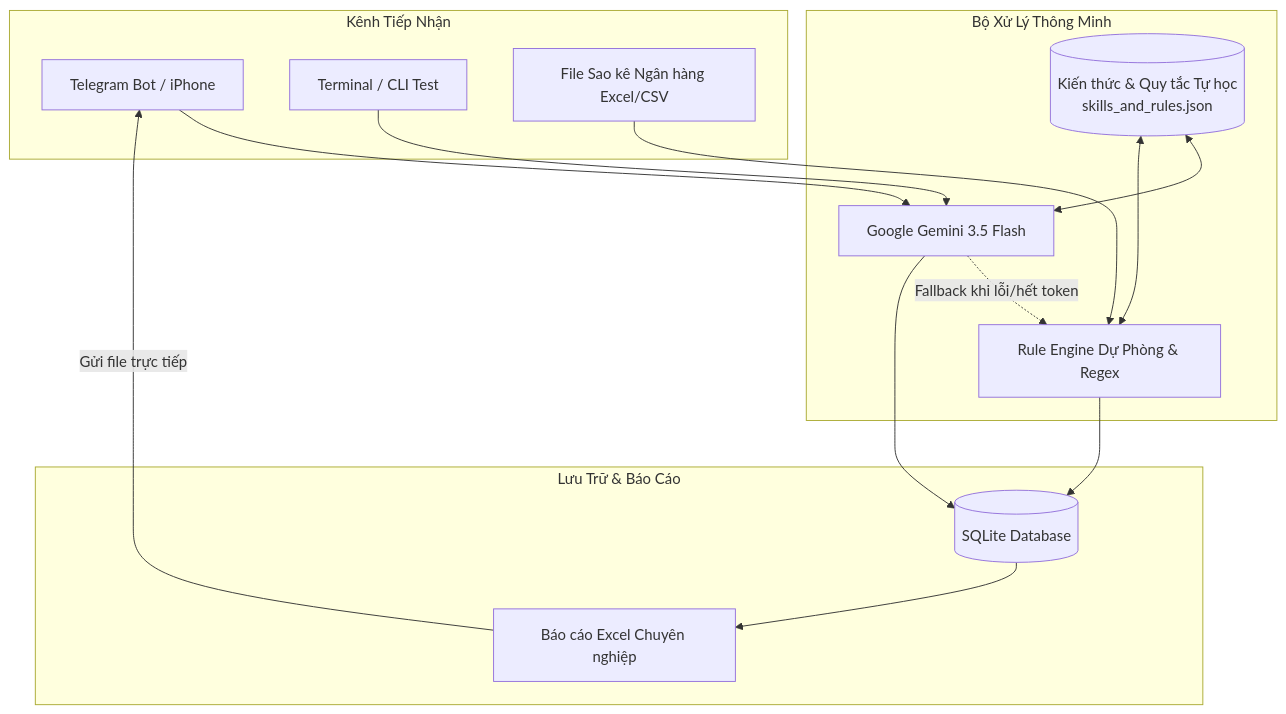
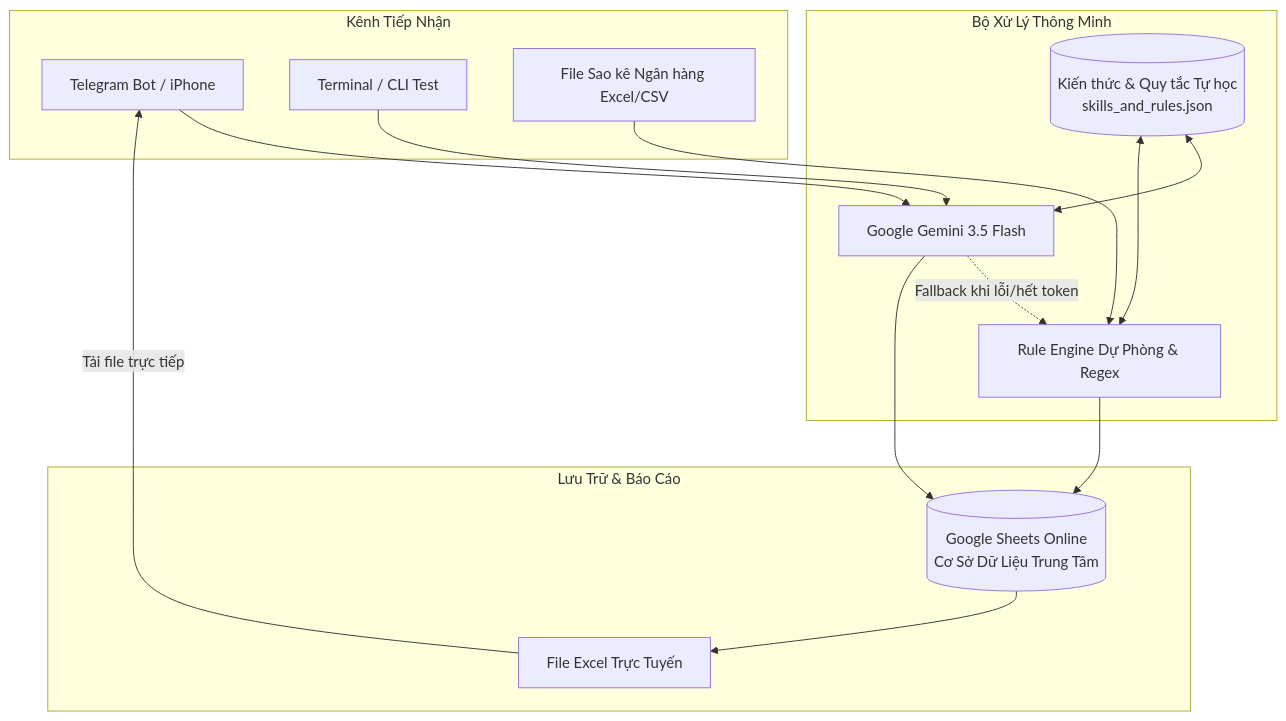
Before and after one commit to phuong95st/AutoAccounting: the diagram in README.md, drawn with Mermaid. The commit also changed other lines of this file and 6 other files, not shown here.

Commit message:
refactor: Remove SQLite and centralize 100% database operations on Google Sheets

````diff
--- a/README.md
+++ b/README.md
@@ -15,30 +15,30 @@
 ```mermaid
 flowchart TD
     subgraph Kênh Tiếp Nhận
         T[Telegram Bot / iPhone]
         CLI[Terminal / CLI Test]
         Bank[File Sao kê Ngân hàng Excel/CSV]
     end
 
     subgraph Bộ Xử Lý Thông Minh
         AI[Google Gemini 3.5 Flash]
         Rule[Rule Engine Dự Phòng & Regex]
         KB[(Kiến thức & Quy tắc Tự học\nskills_and_rules.json)]
     end
 
     subgraph Lưu Trữ & Báo Cáo
-        DB[(SQLite Database)]
-        Rep[Báo cáo Excel Chuyên nghiệp]
+        DB[(Google Sheets Online\nCơ Sở Dữ Liệu Trung Tâm)]
+        Rep[File Excel Trực Tuyến]
     end
 
     T --> AI
     CLI --> AI
     Bank --> Rule
     AI -.->|Fallback khi lỗi/hết token| Rule
     KB <--> AI
     KB <--> Rule
     AI --> DB
     Rule --> DB
     DB --> Rep
-    Rep -->|Gửi file trực tiếp| T
+    Rep -->|Tải file trực tiếp| T
 ```
````
